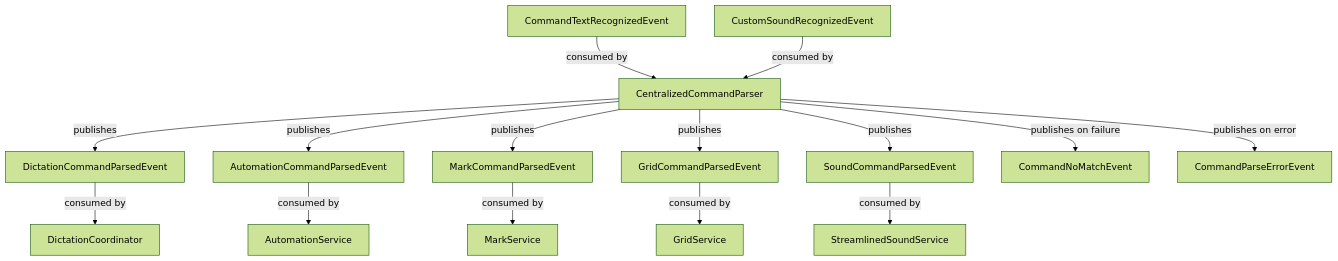
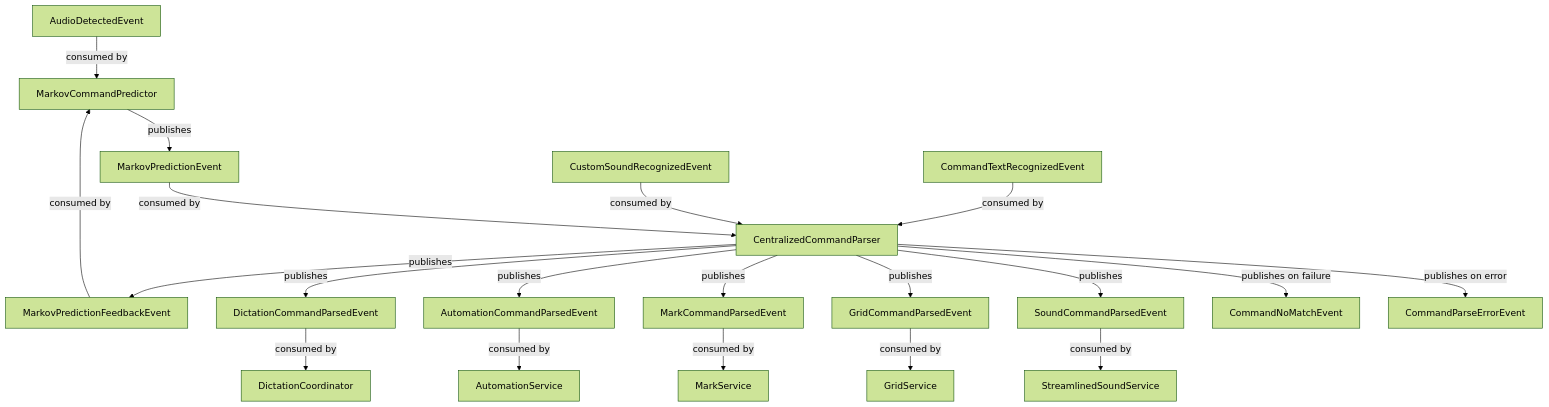
The third of 7 diagrams in docs/developer/services.rst (rick12000/vocalance), drawn with Mermaid (forest theme) before and after one commit. The commit also changed other lines of this file and 8 other files, not shown here.

Commit message:
refactor mc flow + improve start up window

```diff
--- a/docs/developer/services.rst
+++ b/docs/developer/services.rst
@@ -294,20 +304,33 @@
 .. mermaid::
 
    graph TB
+   %% Markov Prediction Flow
+   AudioDetect[AudioDetectedEvent] -->|consumed by| Markov[MarkovCommandPredictor]
+   Markov -->|publishes| MarkovPred[MarkovPredictionEvent]
+
+   %% Command Recognition Flow
    CmdText[CommandTextRecognizedEvent] -->|consumed by| Parser[CentralizedCommandParser]
    CustomSound[CustomSoundRecognizedEvent] -->|consumed by| Parser
 
+   %% Markov Prediction Flow
+   MarkovPred -->|consumed by| Parser
+
+   %% Feedback Loop
+   Parser -->|publishes| Feedback[MarkovPredictionFeedbackEvent]
+   Feedback -->|consumed by| Markov
+
+   %% Command Execution Flow
    Parser -->|publishes| DictCmd[DictationCommandParsedEvent]
    Parser -->|publishes| AutoCmd[AutomationCommandParsedEvent]
    Parser -->|publishes| MarkCmd[MarkCommandParsedEvent]
    Parser -->|publishes| GridCmd[GridCommandParsedEvent]
    Parser -->|publishes| SoundCmd[SoundCommandParsedEvent]
 
    DictCmd -->|consumed by| DictCoord[DictationCoordinator]
    AutoCmd -->|consumed by| AutoSvc[AutomationService]
    MarkCmd -->|consumed by| MarkSvc[MarkService]
    GridCmd -->|consumed by| GridSvc[GridService]
    SoundCmd -->|consumed by| SoundSvc[StreamlinedSoundService]
 
    Parser -->|publishes on failure| NoMatch[CommandNoMatchEvent]
    Parser -->|publishes on error| ParseError[CommandParseErrorEvent]
```
